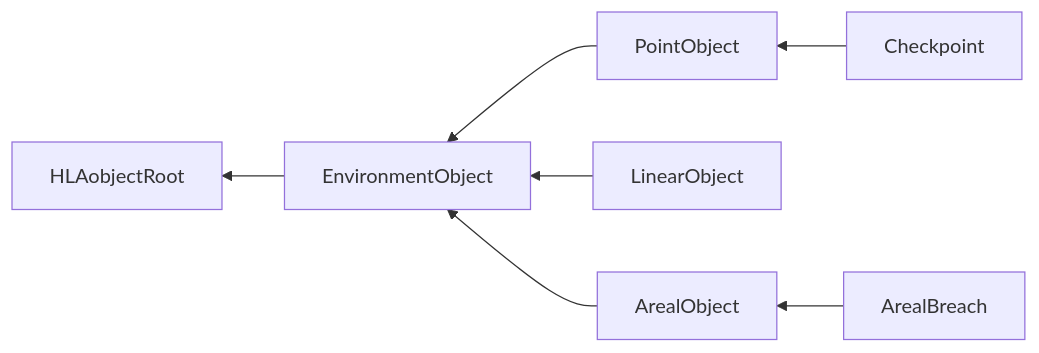
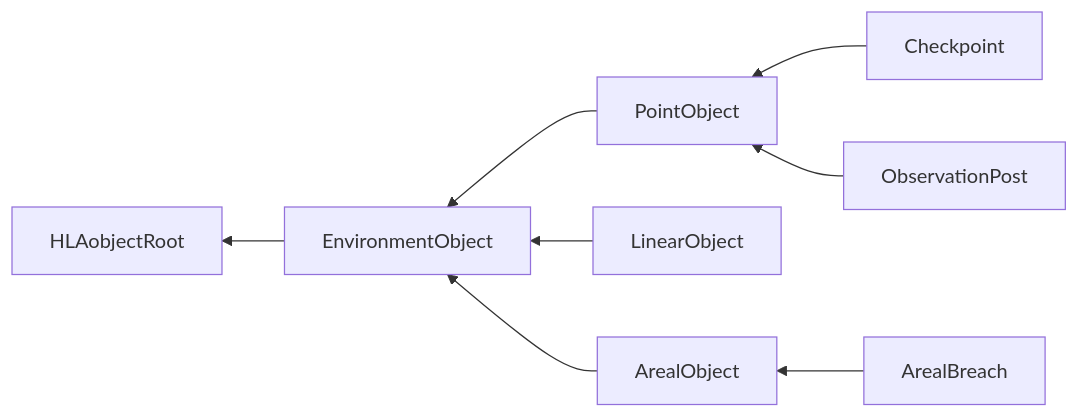
One commit to AMSP-04/NETN-SE changed the first of 2 diagrams in NETN-SE.md. Above: the diagram before and after it, drawn with Mermaid. The commit also changed other lines of this file and 3 other files, not shown here.

````diff
--- a/NETN-SE.md
+++ b/NETN-SE.md
@@ -20,9 +20,10 @@
 ```mermaid
 graph RL
 EnvironmentObject-->HLAobjectRoot
 PointObject-->EnvironmentObject
 LinearObject-->EnvironmentObject
 ArealObject-->EnvironmentObject
 Checkpoint-->PointObject
+ObservationPost-->PointObject
 ArealBreach-->ArealObject
 ```
````
